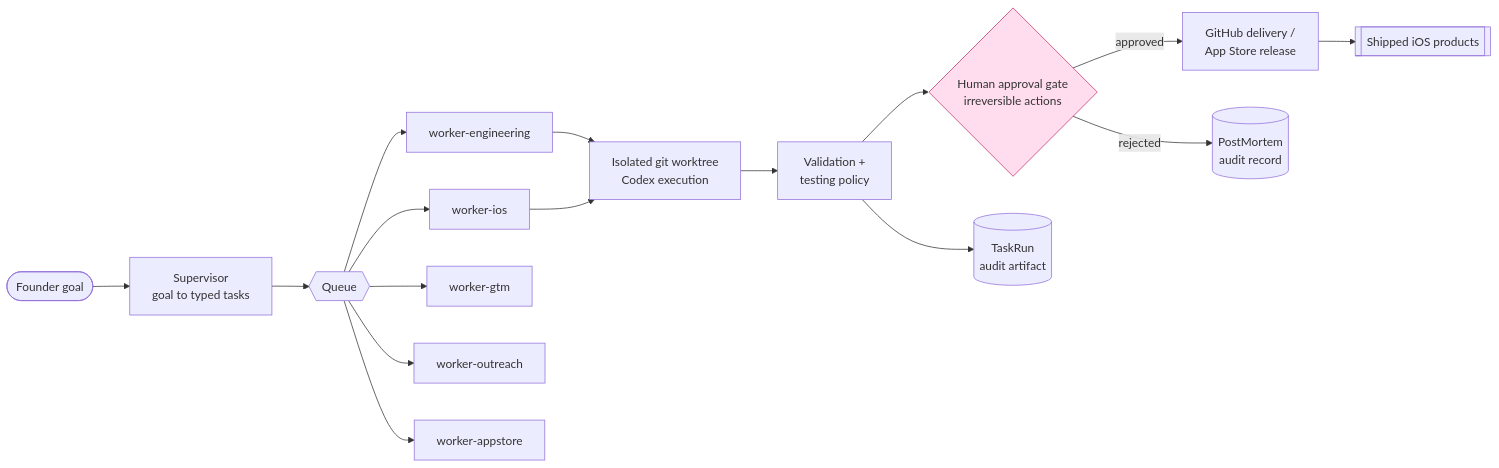
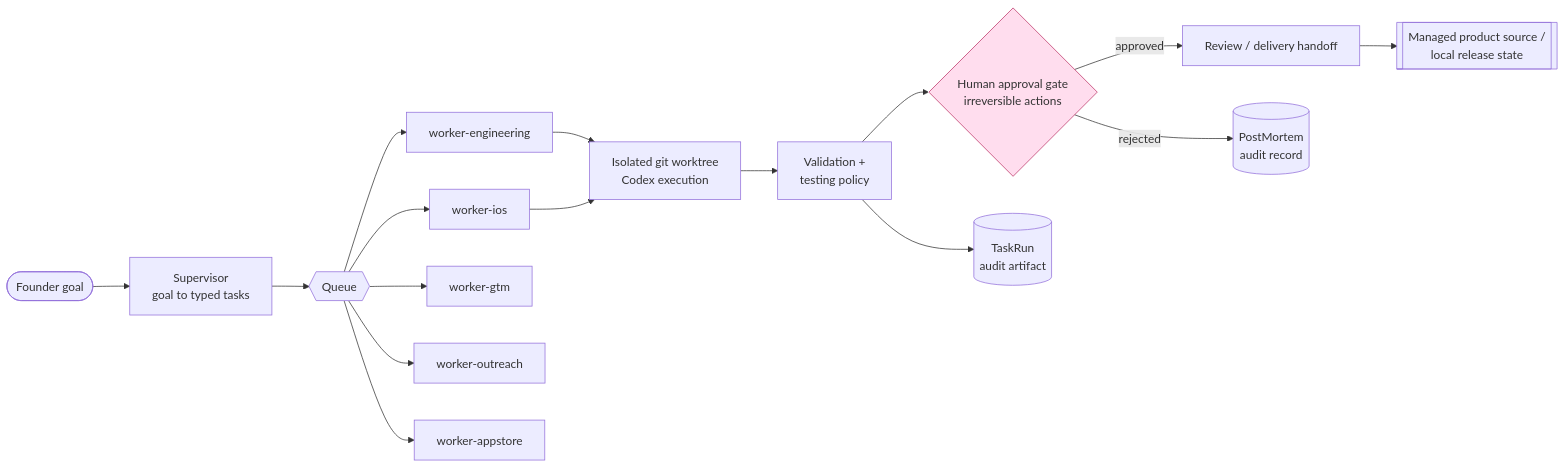
Before and after one commit to kashane1/ai-company-os: the diagram in README.md, drawn with Mermaid. The commit also changed other lines of this file and 29 other files, not shown here.

````diff
--- a/README.md
+++ b/README.md
@@ -28,21 +36,21 @@
 ```mermaid
 flowchart LR
     F([Founder goal]) --> S[Supervisor<br/>goal to typed tasks]
     S --> Q{{Queue}}
     Q --> WE[worker-engineering]
     Q --> WI[worker-ios]
     Q --> WG[worker-gtm]
     Q --> WO[worker-outreach]
     Q --> WA[worker-appstore]
     WE --> WT[Isolated git worktree<br/>Codex execution]
     WI --> WT
     WT --> V[Validation +<br/>testing policy]
     V --> AP{Human approval gate<br/>irreversible actions}
-    AP -- approved --> DL[GitHub delivery /<br/>App Store release]
+    AP -- approved --> DL[Review / delivery handoff]
     AP -- rejected --> PM[(PostMortem<br/>audit record)]
     V --> TR[(TaskRun<br/>audit artifact)]
-    DL --> PR[[Shipped iOS products]]
+    DL --> PR[[Managed product source /<br/>local release state]]
 
     classDef gate fill:#fde,stroke:#b36;
     class AP gate;
 ```
````
